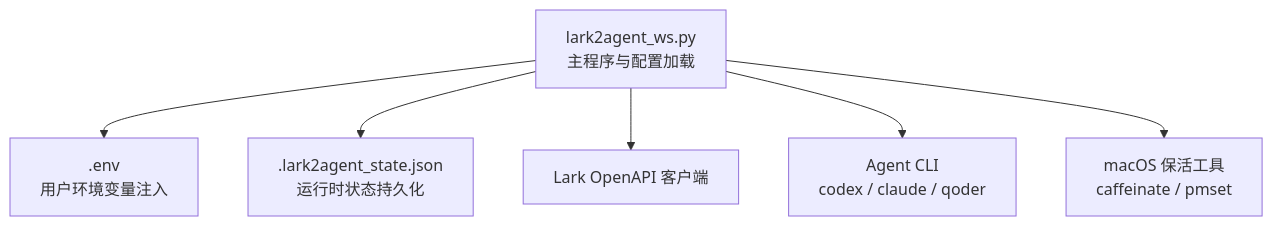
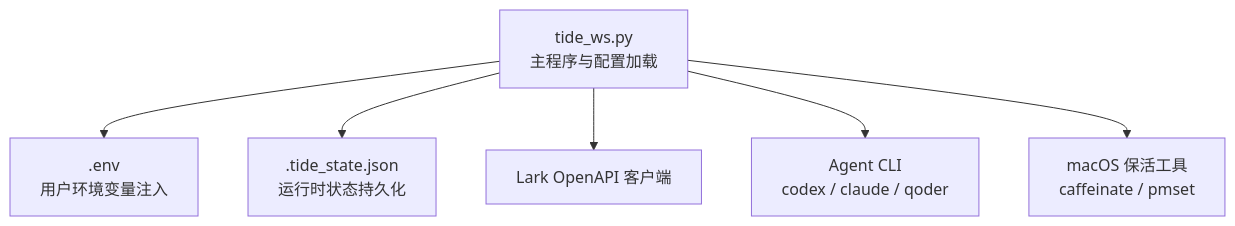
Before and after one commit to winditer/tide: the first of 4 diagrams in .qoder/repowiki/zh/content/配置和环境/配置和环境.md, drawn with Mermaid. The commit also changed other lines of this file and 260 other files, not shown here.

````diff
--- a/.qoder/repowiki/zh/content/配置和环境/配置和环境.md
+++ b/.qoder/repowiki/zh/content/配置和环境/配置和环境.md
@@ -34,8 +34,8 @@
 ```mermaid
 graph TB
-A["lark2agent_ws.py<br/>主程序与配置加载"] --> B[".env<br/>用户环境变量注入"]
-A --> C[".lark2agent_state.json<br/>运行时状态持久化"]
+A["tide_ws.py<br/>主程序与配置加载"] --> B[".env<br/>用户环境变量注入"]
+A --> C[".tide_state.json<br/>运行时状态持久化"]
 A --> D["Lark OpenAPI 客户端"]
 A --> E["Agent CLI<br/>codex / claude / qoder"]
 A --> F["macOS 保活工具<br/>caffeinate / pmset"]
 ```
````
